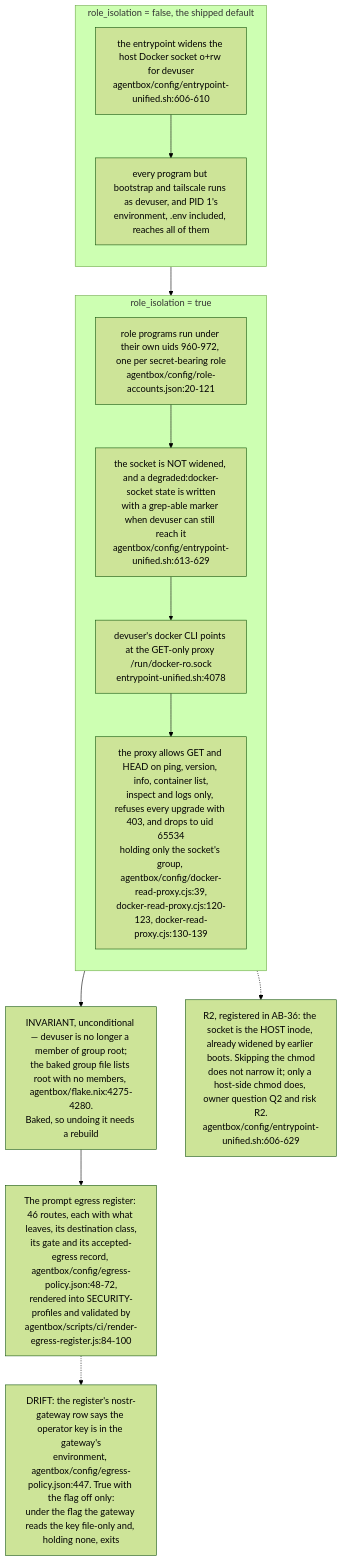
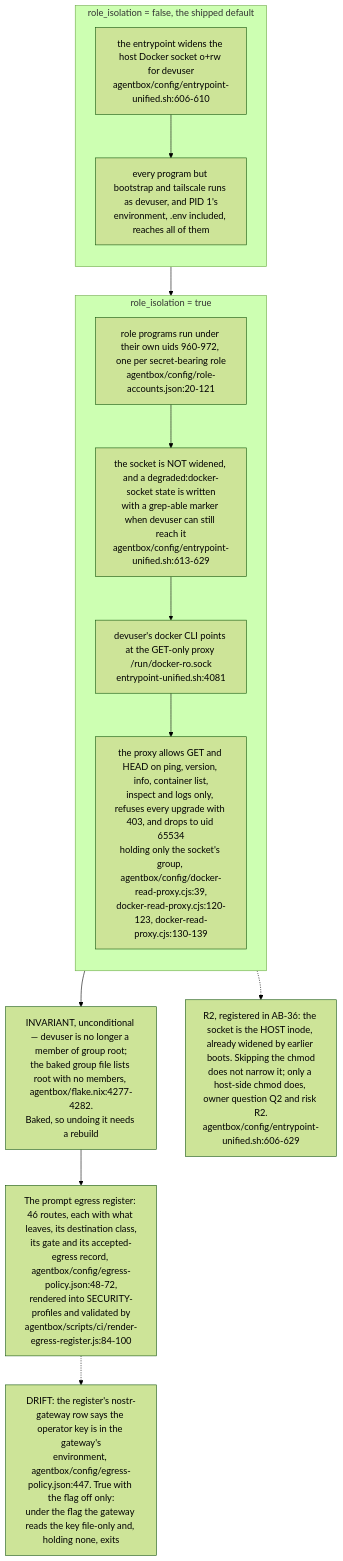
Before and after one commit to DreamLab-AI/VisionFlow: the tenth of 11 diagrams in docs/diagrams/estate/10-deployment-and-security-profiles.md, drawn with Mermaid (forest theme). The commit also changed other lines of this file and 5 other files, not shown here.

````diff
--- a/docs/diagrams/estate/10-deployment-and-security-profiles.md
+++ b/docs/diagrams/estate/10-deployment-and-security-profiles.md
@@ -407,24 +409,24 @@
 ```mermaid
 flowchart TB
     subgraph OFF["role_isolation = false, the shipped default"]
         direction TB
         O1["the entrypoint widens the host Docker socket o+rw for devuser<br/>agentbox/config/entrypoint-unified.sh:606-610"]
         O2["every program but bootstrap and tailscale runs as devuser, and PID 1's<br/>environment, .env included, reaches all of them"]
         O1 --> O2
     end
     subgraph ON["role_isolation = true"]
         direction TB
         A1["role programs run under their own uids 960-972, one per secret-bearing role<br/>agentbox/config/role-accounts.json:20-121"]
         A2["the socket is NOT widened, and a degraded:docker-socket state is written<br/>with a grep-able marker when devuser can still reach it<br/>agentbox/config/entrypoint-unified.sh:613-629"]
-        A3["devuser's docker CLI points at the GET-only proxy /run/docker-ro.sock<br/>entrypoint-unified.sh:4078"]
+        A3["devuser's docker CLI points at the GET-only proxy /run/docker-ro.sock<br/>entrypoint-unified.sh:4081"]
         A4["the proxy allows GET and HEAD on ping, version, info, container list,<br/>inspect and logs only, refuses every upgrade with 403, and drops to uid 65534<br/>holding only the socket's group, agentbox/config/docker-read-proxy.cjs:39,<br/>docker-read-proxy.cjs:120-123, docker-read-proxy.cjs:130-139"]
         A1 --> A2 --> A3 --> A4
     end
     OFF --> ON
-    GR["INVARIANT, unconditional — devuser is no longer a member of group root;<br/>the baked group file lists root with no members, agentbox/flake.nix:4275-4280.<br/>Baked, so undoing it needs a rebuild"]
+    GR["INVARIANT, unconditional — devuser is no longer a member of group root;<br/>the baked group file lists root with no members, agentbox/flake.nix:4277-4282.<br/>Baked, so undoing it needs a rebuild"]
     ON --> GR
     EG["The prompt egress register: 46 routes, each with what leaves, its destination class,<br/>its gate and its accepted-egress record, agentbox/config/egress-policy.json:48-72,<br/>rendered into SECURITY-profiles and validated by<br/>agentbox/scripts/ci/render-egress-register.js:84-100"]
     GR --> EG
     A2 -.-> OPEN2["R2, registered in AB-36: the socket is the HOST inode, already widened by earlier boots. Skipping the chmod<br/>does not narrow it; only a host-side chmod does, owner question Q2 and risk R2.<br/>agentbox/config/entrypoint-unified.sh:606-629"]
     EG -.-> DR["DRIFT: the register's nostr-gateway row says the operator key is in the gateway's<br/>environment, agentbox/config/egress-policy.json:447. True with the flag off only:<br/>under the flag the gateway reads the key file-only and, holding none, exits"]
 ```
````
